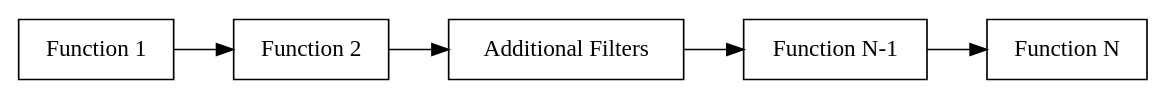
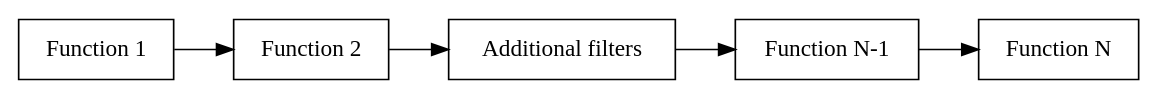
One commit to uxlfoundation/oneAPI-spec changed the diagram in source/elements/oneVPL/source/architecture/VPL_processing.rst. Above: the diagram before and after it, drawn with Graphviz. The commit also changed other lines of this file and 31 other files, not shown here.

```diff
--- a/source/elements/oneVPL/source/architecture/VPL_processing.rst
+++ b/source/elements/oneVPL/source/architecture/VPL_processing.rst
@@ -11,12 +11,12 @@
 .. graphviz::
    :caption: Video processing operation pipeline
 
    digraph {
      rankdir=LR;
      F1 [shape=record label="Function 1" ];
      F2 [shape=record  label="Function 2"];
-     F3 [shape=record  label="Additional Filters"];
+     F3 [shape=record  label="Additional filters"];
      F4 [shape=record label="Function N-1" ];
      F5 [shape=record  label="Function N"];
      F1->F2->F3->F4->F5;
    }
```
